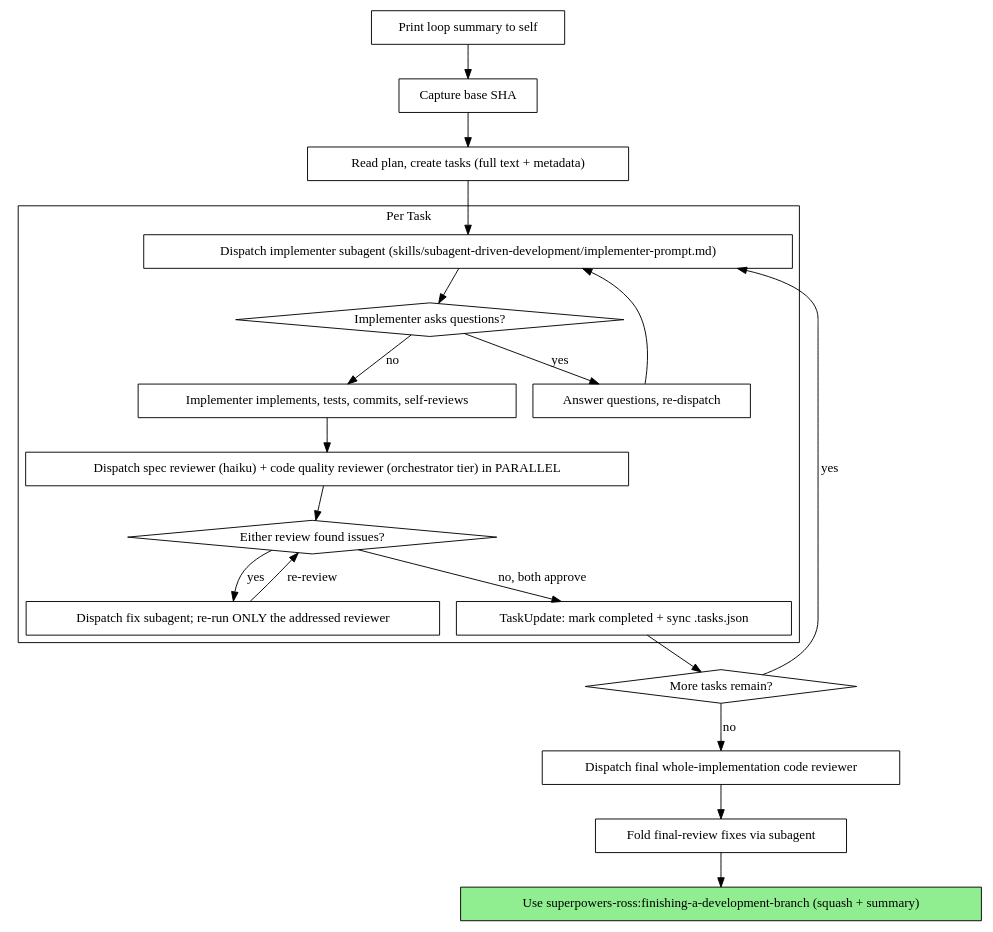
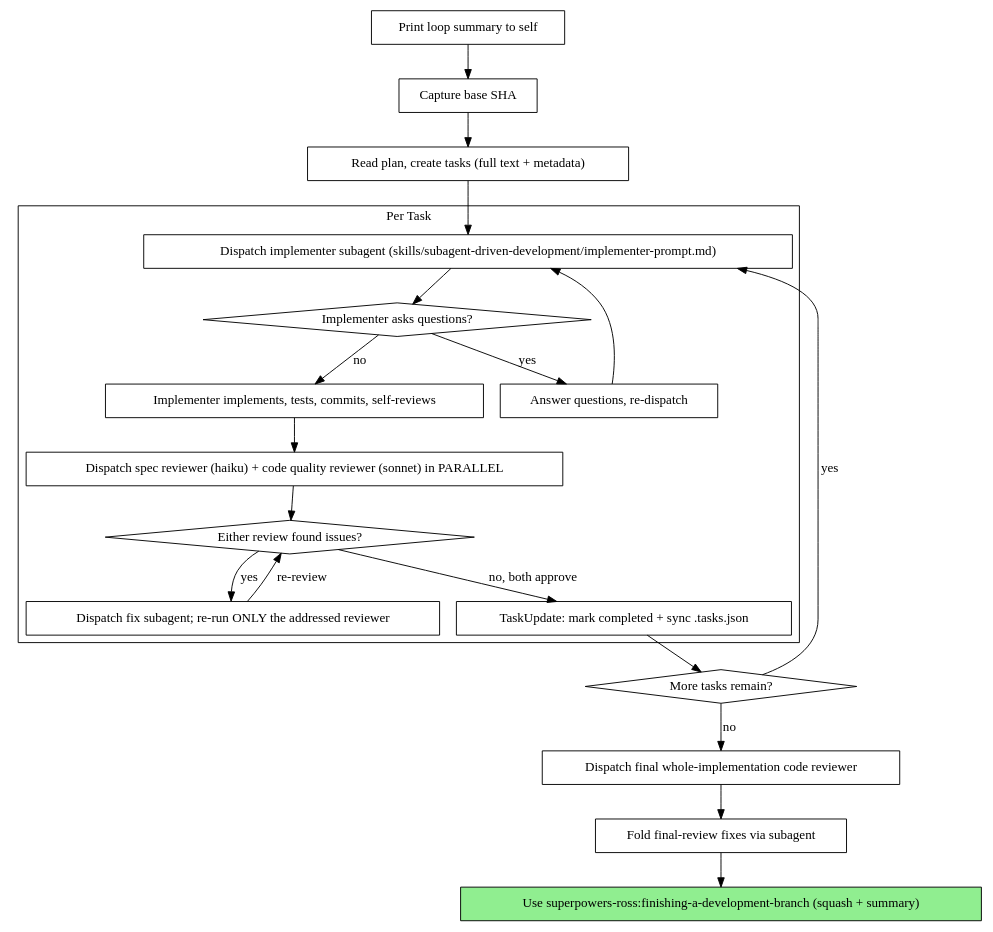
One commit to rossturner/superpowers changed the second of 2 diagrams in skills/subagent-driven-development/SKILL.md. Above: the diagram before and after it, drawn with Graphviz. The commit also changed other lines of this file and 2 other files, not shown here.

First line of the commit message:
docs: favor sonnet for SDD implementation and code review

````diff
--- a/skills/subagent-driven-development/SKILL.md
+++ b/skills/subagent-driven-development/SKILL.md
@@ -48,44 +48,44 @@
 ```dot
 digraph process {
     rankdir=TB;
 
     "Print loop summary to self" [shape=box];
     "Capture base SHA" [shape=box];
     "Read plan, create tasks (full text + metadata)" [shape=box];
 
     subgraph cluster_per_task {
         label="Per Task";
         "Dispatch implementer subagent (skills/subagent-driven-development/implementer-prompt.md)" [shape=box];
         "Implementer asks questions?" [shape=diamond];
         "Answer questions, re-dispatch" [shape=box];
         "Implementer implements, tests, commits, self-reviews" [shape=box];
-        "Dispatch spec reviewer (haiku) + code quality reviewer (orchestrator tier) in PARALLEL" [shape=box];
+        "Dispatch spec reviewer (haiku) + code quality reviewer (sonnet) in PARALLEL" [shape=box];
         "Either review found issues?" [shape=diamond];
         "Dispatch fix subagent; re-run ONLY the addressed reviewer" [shape=box];
         "TaskUpdate: mark completed + sync .tasks.json" [shape=box];
     }
 
     "More tasks remain?" [shape=diamond];
     "Dispatch final whole-implementation code reviewer" [shape=box];
     "Fold final-review fixes via subagent" [shape=box];
     "Use superpowers-ross:finishing-a-development-branch (squash + summary)" [shape=box style=filled fillcolor=lightgreen];
 
     "Print loop summary to self" -> "Capture base SHA";
     "Capture base SHA" -> "Read plan, create tasks (full text + metadata)";
     "Read plan, create tasks (full text + metadata)" -> "Dispatch implementer subagent (skills/subagent-driven-development/implementer-prompt.md)";
     "Dispatch implementer subagent (skills/subagent-driven-development/implementer-prompt.md)" -> "Implementer asks questions?";
     "Implementer asks questions?" -> "Answer questions, re-dispatch" [label="yes"];
     "Answer questions, re-dispatch" -> "Dispatch implementer subagent (skills/subagent-driven-development/implementer-prompt.md)";
     "Implementer asks questions?" -> "Implementer implements, tests, commits, self-reviews" [label="no"];
-    "Implementer implements, tests, commits, self-reviews" -> "Dispatch spec reviewer (haiku) + code quality reviewer (orchestrator tier) in PARALLEL";
-    "Dispatch spec reviewer (haiku) + code quality reviewer (orchestrator tier) in PARALLEL" -> "Either review found issues?";
+    "Implementer implements, tests, commits, self-reviews" -> "Dispatch spec reviewer (haiku) + code quality reviewer (sonnet) in PARALLEL";
+    "Dispatch spec reviewer (haiku) + code quality reviewer (sonnet) in PARALLEL" -> "Either review found issues?";
     "Either review found issues?" -> "Dispatch fix subagent; re-run ONLY the addressed reviewer" [label="yes"];
     "Dispatch fix subagent; re-run ONLY the addressed reviewer" -> "Either review found issues?" [label="re-review"];
     "Either review found issues?" -> "TaskUpdate: mark completed + sync .tasks.json" [label="no, both approve"];
     "TaskUpdate: mark completed + sync .tasks.json" -> "More tasks remain?";
     "More tasks remain?" -> "Dispatch implementer subagent (skills/subagent-driven-development/implementer-prompt.md)" [label="yes"];
     "More tasks remain?" -> "Dispatch final whole-implementation code reviewer" [label="no"];
     "Dispatch final whole-implementation code reviewer" -> "Fold final-review fixes via subagent";
     "Fold final-review fixes via subagent" -> "Use superpowers-ross:finishing-a-development-branch (squash + summary)";
 }
 ```
````
